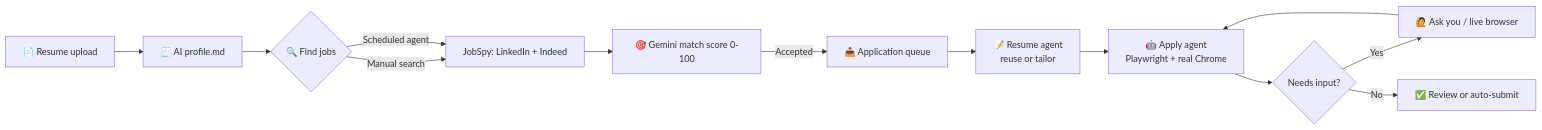
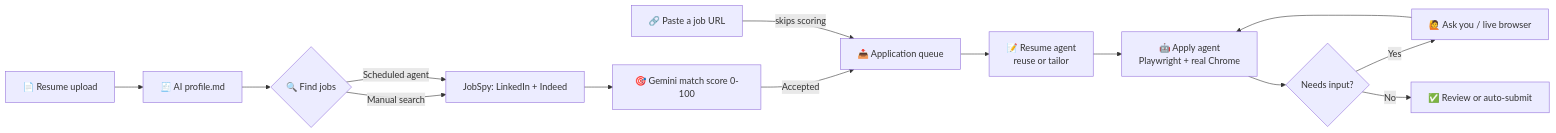
Before and after one commit to nishant0708/NIKOSEEK: the diagram in README.md, drawn with Mermaid. The commit also changed other lines of this file and 9 other files, not shown here.

````diff
--- a/README.md
+++ b/README.md
@@ -83,15 +84,16 @@
 ```mermaid
 flowchart LR
     A[📄 Resume upload] --> B[🧾 AI profile.md]
     B --> C{🔍 Find jobs}
     C -->|Manual search| D[JobSpy: LinkedIn + Indeed]
     C -->|Scheduled agent| D
     D --> E[🎯 Gemini match score 0-100]
     E -->|Accepted| F[📥 Application queue]
+    U[🔗 Paste a job URL] -->|skips scoring| F
     F --> G[📝 Resume agent<br/>reuse or tailor]
     G --> H[🤖 Apply agent<br/>Playwright + real Chrome]
     H --> I{Needs input?}
     I -->|Yes| J[🙋 Ask you / live browser]
     J --> H
     I -->|No| K[✅ Review or auto-submit]
 ```
````
